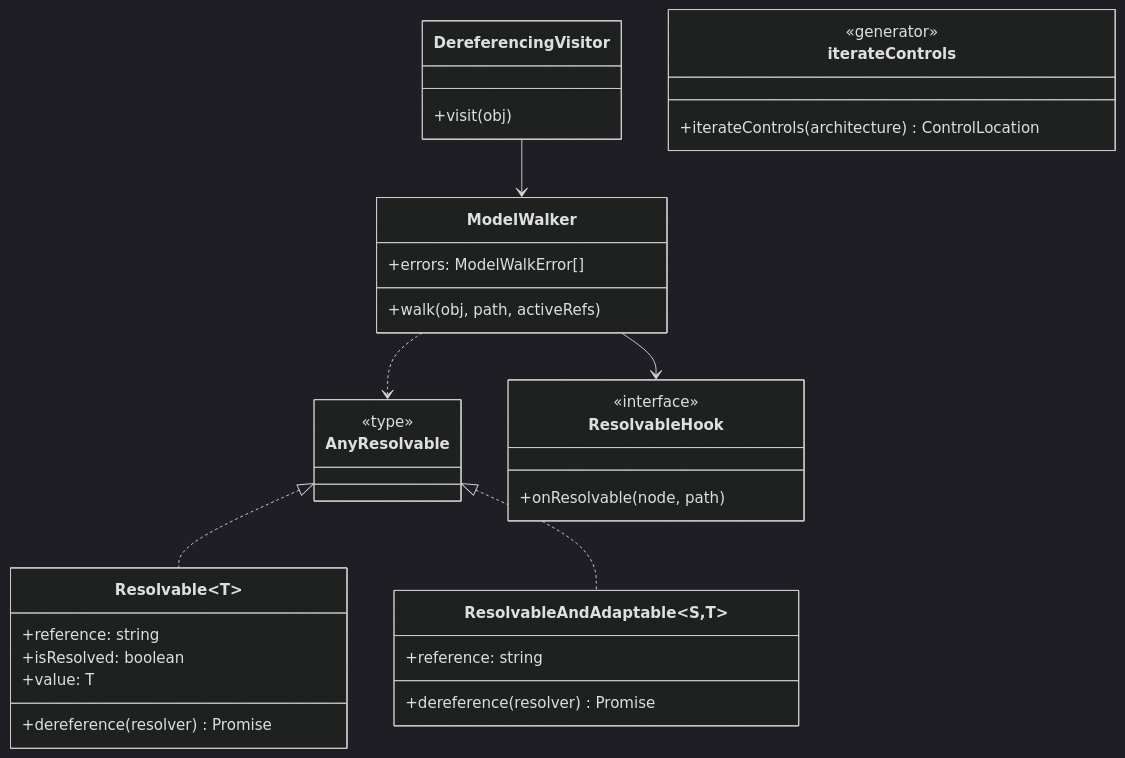
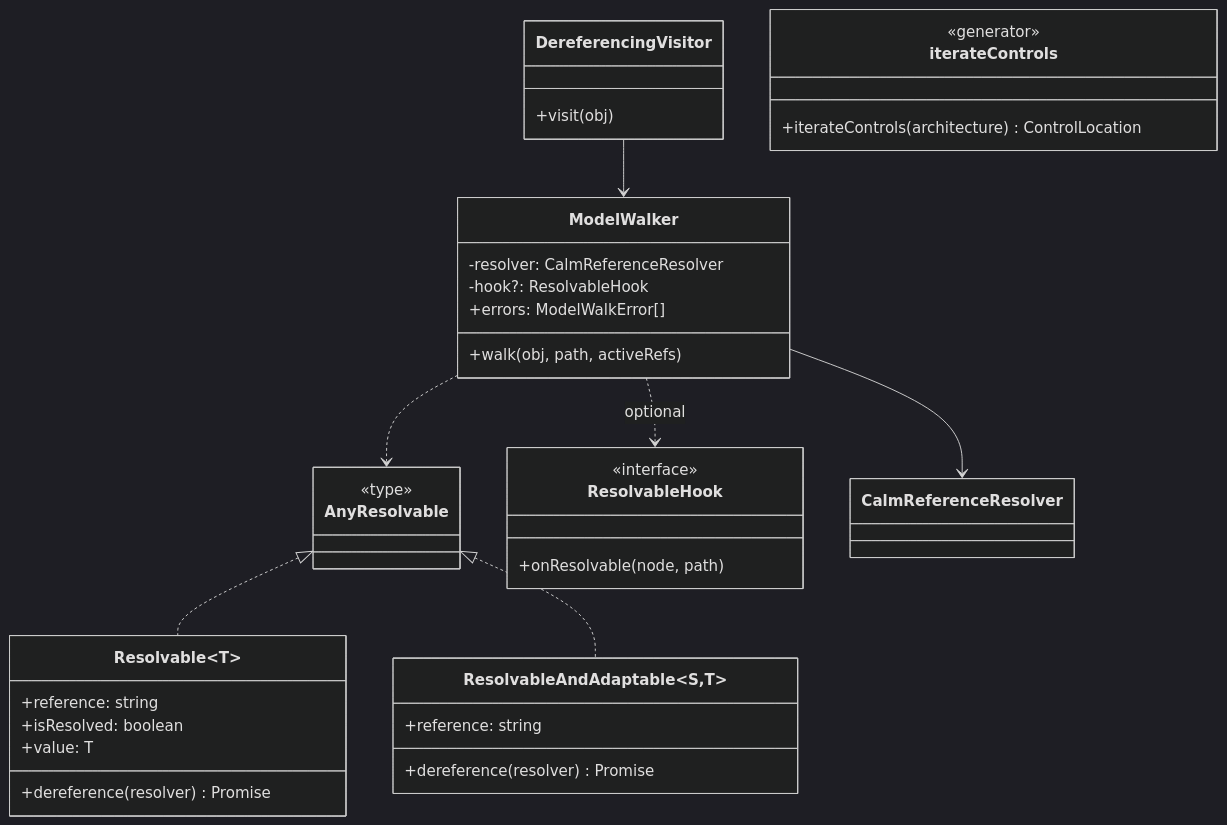
The second of 6 diagrams in shared/src/commands/validate/VALIDATION_DESIGN.md (LeighFinegold/architecture-as-code), drawn with Mermaid (dark theme) before and after one commit. The commit also changed other lines of this file and 12 other files, not shown here.

First line of the commit message:
refactor(shared): unify on CalmReferenceResolver and make ModelWalker resolver-driven

````diff
--- a/shared/src/commands/validate/VALIDATION_DESIGN.md
+++ b/shared/src/commands/validate/VALIDATION_DESIGN.md
@@ -141,36 +141,39 @@
 ```mermaid
 classDiagram
     class Resolvable~T~ {
         +reference: string
         +isResolved: boolean
         +value: T
         +dereference(resolver) Promise
     }
     class ResolvableAndAdaptable~S,T~ {
         +reference: string
         +dereference(resolver) Promise
     }
     class AnyResolvable {
         <<type>>
     }
     class ModelWalker {
+        -resolver: CalmReferenceResolver
+        -hook?: ResolvableHook
         +errors: ModelWalkError[]
         +walk(obj, path, activeRefs)
     }
     class ResolvableHook {
         <<interface>>
         +onResolvable(node, path)
     }
     class DereferencingVisitor {
         +visit(obj)
     }
     class iterateControls {
         <<generator>>
         +iterateControls(architecture) ControlLocation
     }
     AnyResolvable <|.. Resolvable
     AnyResolvable <|.. ResolvableAndAdaptable
-    ModelWalker --> ResolvableHook
+    ModelWalker --> CalmReferenceResolver
+    ModelWalker ..> ResolvableHook : optional
     ModelWalker ..> AnyResolvable
     DereferencingVisitor --> ModelWalker
 ```
````
